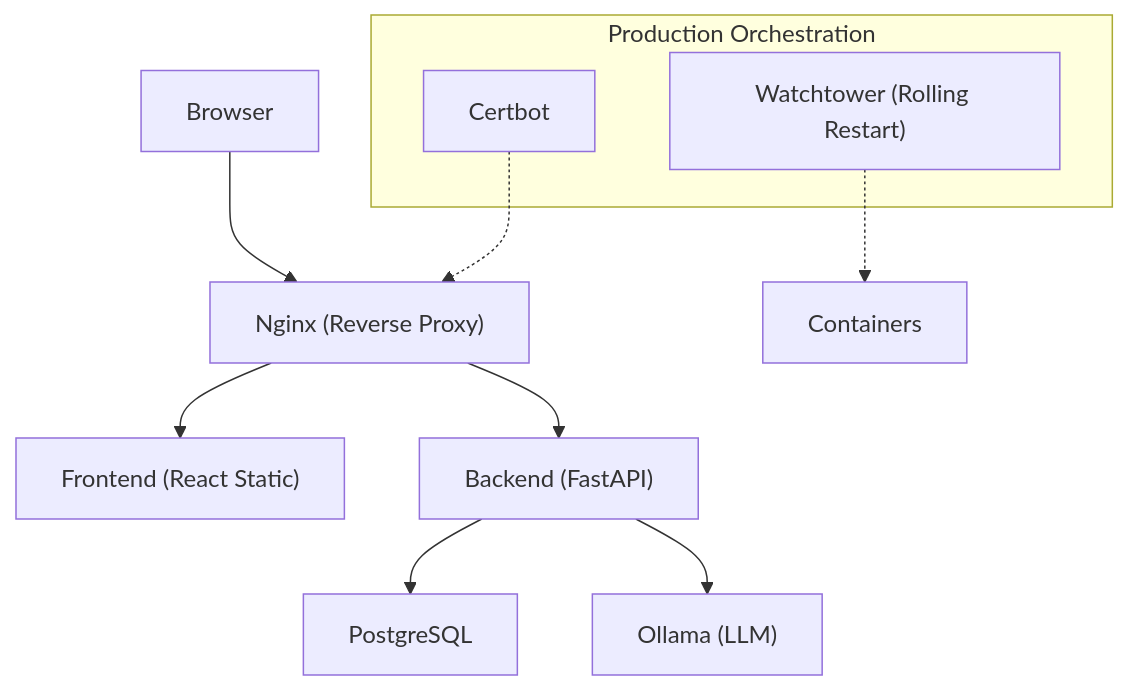
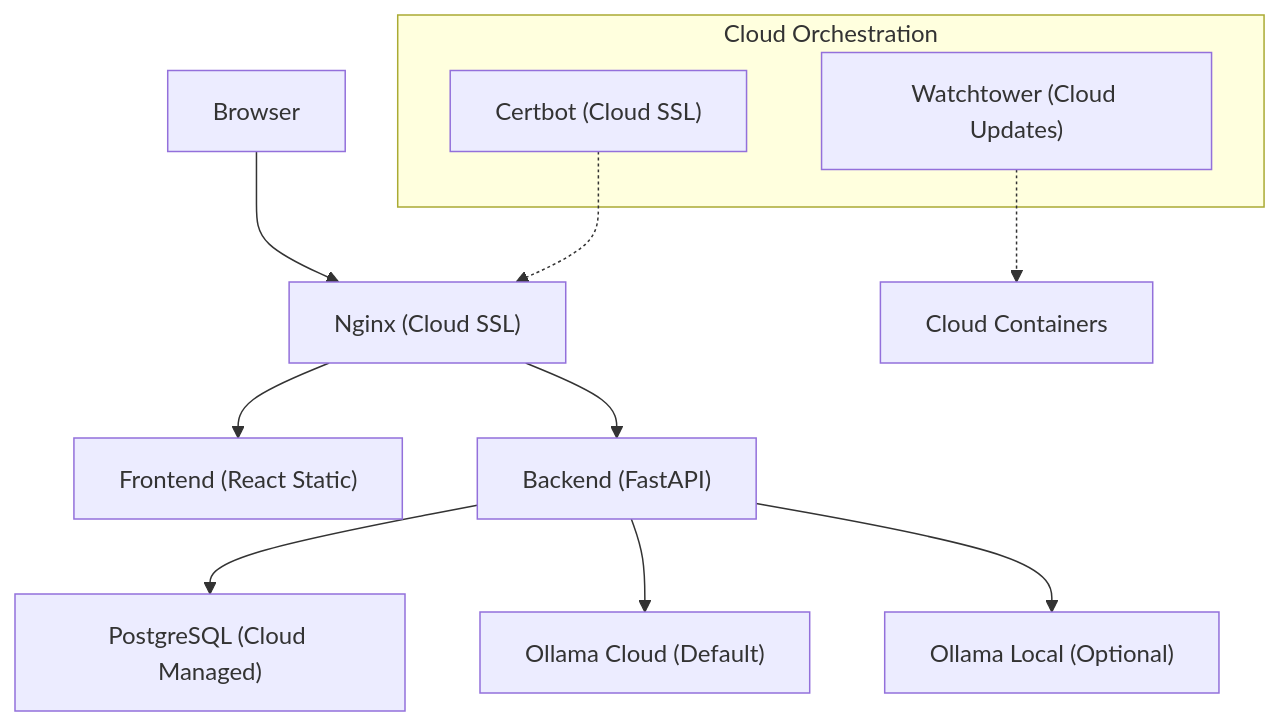
The third of 8 diagrams in .qoder/repowiki/en/content/Deployment & DevOps/Deployment & DevOps.md (Revanththetalogics/aireume), drawn with Mermaid before and after one commit. The commit also changed other lines of this file and 11 other files, not shown here.

First line of the commit message:
fix: make all LLM configurations cloud-aware to prevent JSON truncation

````diff
--- a/.qoder/repowiki/en/content/Deployment & DevOps/Deployment & DevOps.md
+++ b/.qoder/repowiki/en/content/Deployment & DevOps/Deployment & DevOps.md
@@ -114,14 +156,15 @@
 ```mermaid
 graph TB
-Client["Browser"] --> Nginx["Nginx (Reverse Proxy)"]
+Client["Browser"] --> Nginx["Nginx (Cloud SSL)"]
 Nginx --> FE["Frontend (React Static)"]
 Nginx --> BE["Backend (FastAPI)"]
-BE --> DB["PostgreSQL"]
-BE --> Ollama["Ollama (LLM)"]
-subgraph "Production Orchestration"
-Watchtower["Watchtower (Rolling Restart)"]
-Certbot["Certbot"]
+BE --> DB["PostgreSQL (Cloud Managed)"]
+BE --> OllamaCloud["Ollama Cloud (Default)"]
+BE --> OllamaLocal["Ollama Local (Optional)"]
+subgraph "Cloud Orchestration"
+Watchtower["Watchtower (Cloud Updates)"]
+Certbot["Certbot (Cloud SSL)"]
 end
-Watchtower -.-> Containers["Containers"]
+Watchtower -.-> Containers["Cloud Containers"]
 Certbot -.-> Nginx
 ```
````
